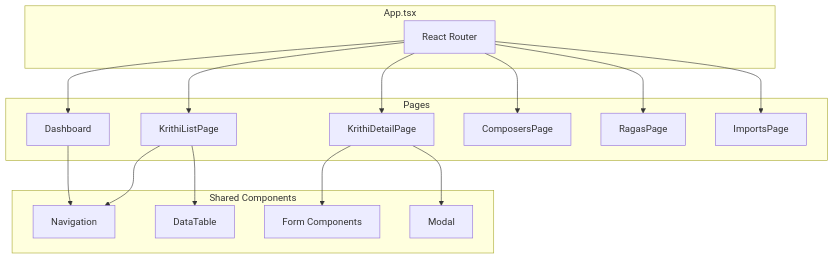
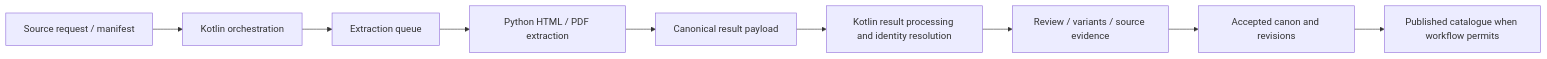
Before and after one commit to carnaticlabs/Sangeetha-Grantha: the third of 3 diagrams in application_documentation/02-architecture/diagrams/flows.md, drawn with Mermaid. The commit also changed other lines of this file and 292 other files, not shown here.

````diff
--- a/application_documentation/02-architecture/diagrams/flows.md
+++ b/application_documentation/02-architecture/diagrams/flows.md
@@ -456,35 +55,11 @@
 ```mermaid
-flowchart TB
-    subgraph App["App.tsx"]
-        ROUTER[React Router]
-    end
-
-    subgraph Pages
-        DASH[Dashboard]
-        KLIST[KrithiListPage]
-        KDET[KrithiDetailPage]
-        COMP[ComposersPage]
-        RAGA[RagasPage]
-        IMP[ImportsPage]
-    end
-
-    subgraph Shared["Shared Components"]
-        NAV[Navigation]
-        FORM[Form Components]
-        TABLE[DataTable]
-        MODAL[Modal]
-    end
-
-    ROUTER --> DASH
-    ROUTER --> KLIST
-    ROUTER --> KDET
-    ROUTER --> COMP
-    ROUTER --> RAGA
-    ROUTER --> IMP
-
-    DASH --> NAV
-    KLIST --> NAV
-    KLIST --> TABLE
-    KDET --> FORM
-    KDET --> MODAL
+flowchart LR
+    S[Source request / manifest] --> K[Kotlin orchestration]
+    K --> Q[Extraction queue]
+    Q --> P[Python HTML / PDF extraction]
+    P --> C[Canonical result payload]
+    C --> R[Kotlin result processing and identity resolution]
+    R --> V[Review / variants / source evidence]
+    V --> A[Accepted canon and revisions]
+    A --> D[Published catalogue when workflow permits]
 ```
````
